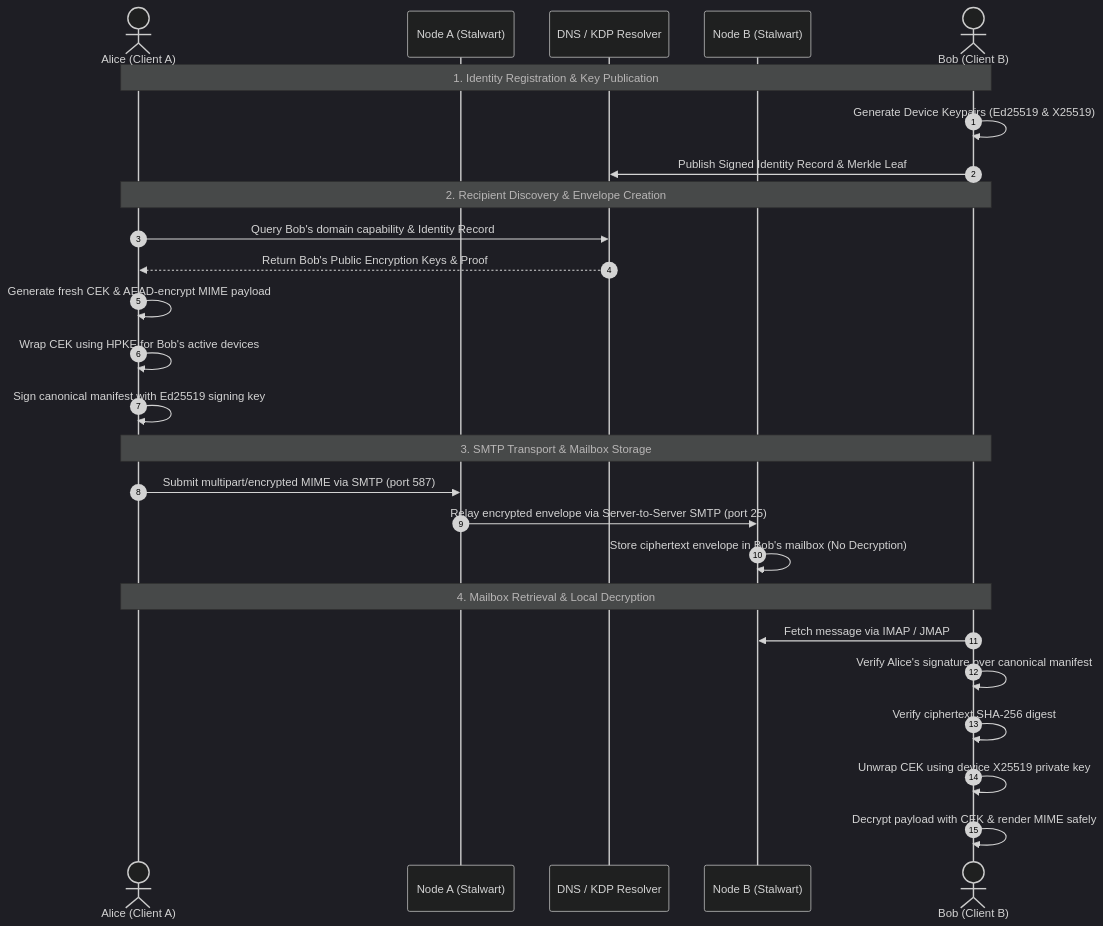
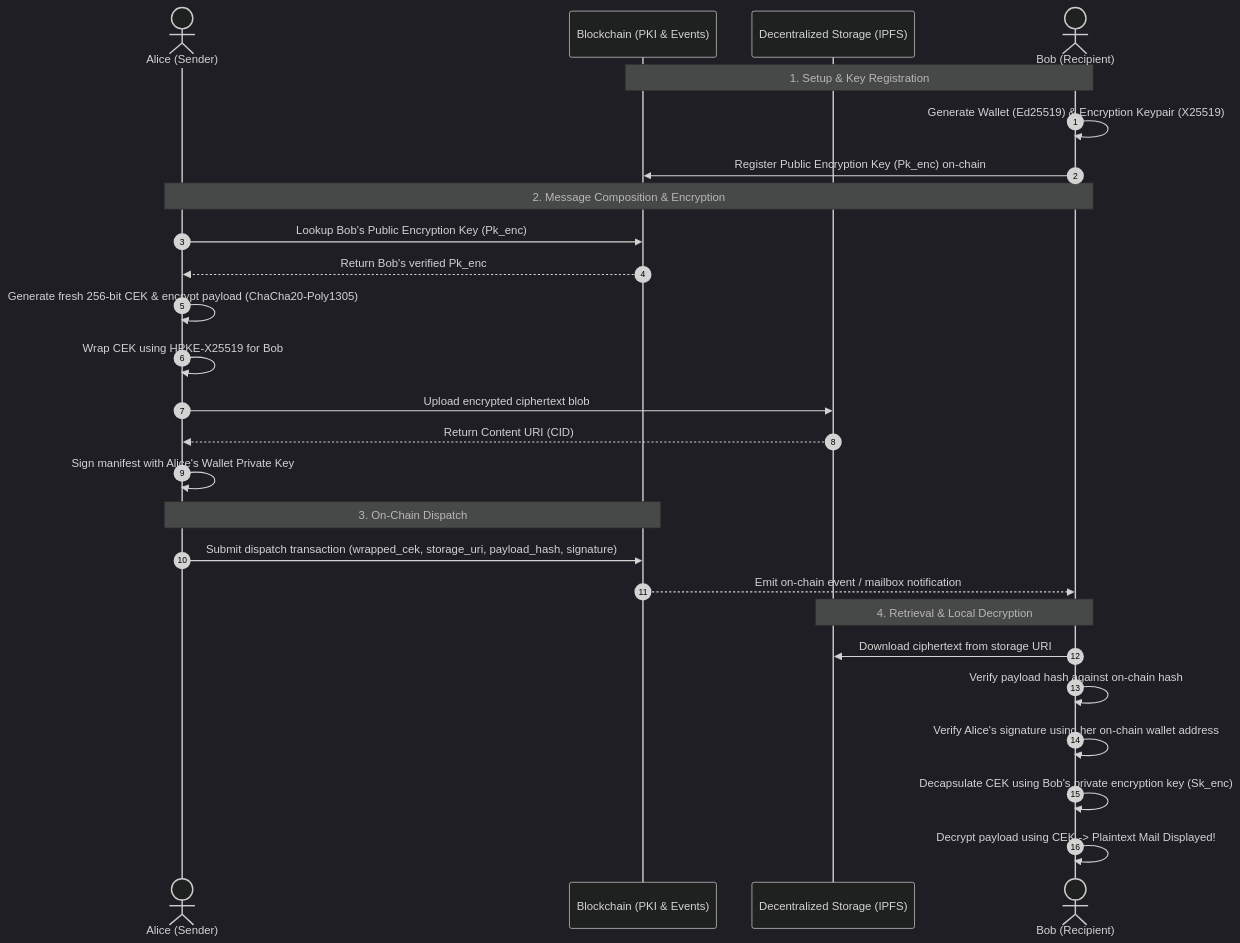
One commit to rameshrathi/dmail changed the diagram in README.md. Above: the diagram before and after it, drawn with Mermaid (dark theme). The commit also changed other lines of this file and 26 other files, not shown here.

Commit message:
feat: pivot to blockchain-native E2EE mail protocol and execution plan

````diff
--- a/README.md
+++ b/README.md
@@ -43,32 +13,32 @@
 ```mermaid
 sequenceDiagram
     autonumber
-    actor Alice as Alice (Client A)
-    participant NodeA as Node A (Stalwart)
-    participant DNS as DNS / KDP Resolver
-    participant NodeB as Node B (Stalwart)
-    actor Bob as Bob (Client B)
+    actor Alice as Alice (Sender)
+    participant Chain as Blockchain (PKI & Events)
+    participant Storage as Decentralized Storage (IPFS)
+    actor Bob as Bob (Recipient)
 
-    Note over Alice,Bob: 1. Identity Registration & Key Publication
-    Bob->>Bob: Generate Device Keypairs (Ed25519 & X25519)
-    Bob->>DNS: Publish Signed Identity Record & Merkle Leaf
+    Note over Bob,Chain: 1. Setup & Key Registration
+    Bob->>Bob: Generate Wallet (Ed25519) & Encryption Keypair (X25519)
+    Bob->>Chain: Register Public Encryption Key (Pk_enc) on-chain
 
-    Note over Alice,Bob: 2. Recipient Discovery & Envelope Creation
-    Alice->>DNS: Query Bob's domain capability & Identity Record
-    DNS-->>Alice: Return Bob's Public Encryption Keys & Proof
-    Alice->>Alice: Generate fresh CEK & AEAD-encrypt MIME payload
-    Alice->>Alice: Wrap CEK using HPKE for Bob's active devices
-    Alice->>Alice: Sign canonical manifest with Ed25519 signing key
+    Note over Alice,Bob: 2. Message Composition & Encryption
+    Alice->>Chain: Lookup Bob's Public Encryption Key (Pk_enc)
+    Chain-->>Alice: Return Bob's verified Pk_enc
+    Alice->>Alice: Generate fresh 256-bit CEK & encrypt payload (ChaCha20-Poly1305)
+    Alice->>Alice: Wrap CEK using HPKE-X25519 for Bob
+    Alice->>Storage: Upload encrypted ciphertext blob
+    Storage-->>Alice: Return Content URI (CID)
+    Alice->>Alice: Sign manifest with Alice's Wallet Private Key
 
-    Note over Alice,Bob: 3. SMTP Transport & Mailbox Storage
-    Alice->>NodeA: Submit multipart/encrypted MIME via SMTP (port 587)
-    NodeA->>NodeB: Relay encrypted envelope via Server-to-Server SMTP (port 25)
-    NodeB->>NodeB: Store ciphertext envelope in Bob's mailbox (No Decryption)
+    Note over Alice,Chain: 3. On-Chain Dispatch
+    Alice->>Chain: Submit dispatch transaction (wrapped_cek, storage_uri, payload_hash, signature)
+    Chain-->>Bob: Emit on-chain event / mailbox notification
 
-    Note over Alice,Bob: 4. Mailbox Retrieval & Local Decryption
-    Bob->>NodeB: Fetch message via IMAP / JMAP
-    Bob->>Bob: Verify Alice's signature over canonical manifest
-    Bob->>Bob: Verify ciphertext SHA-256 digest
-    Bob->>Bob: Unwrap CEK using device X25519 private key
-    Bob->>Bob: Decrypt payload with CEK & render MIME safely
+    Note over Bob,Storage: 4. Retrieval & Local Decryption
+    Bob->>Storage: Download ciphertext from storage URI
+    Bob->>Bob: Verify payload hash against on-chain hash
+    Bob->>Bob: Verify Alice's signature using her on-chain wallet address
+    Bob->>Bob: Decapsulate CEK using Bob's private encryption key (Sk_enc)
+    Bob->>Bob: Decrypt payload using CEK -> Plaintext Mail Displayed!
 ```
````
